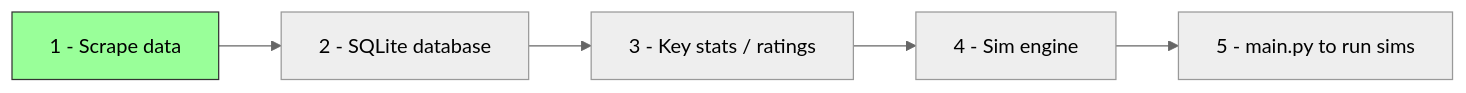
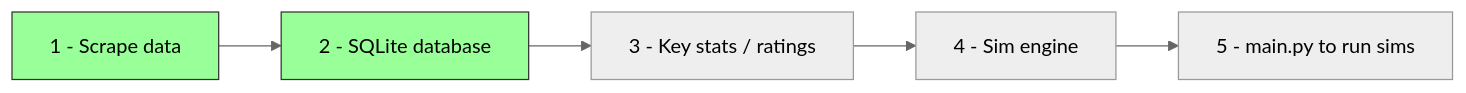
One commit to mhutch14/sports-sim changed the diagram in docs/ROADMAP.md. Above: the diagram before and after it, drawn with Mermaid (neutral theme). The commit also changed other lines of this file and 7 other files, not shown here.

````diff
--- a/docs/ROADMAP.md
+++ b/docs/ROADMAP.md
@@ -3,5 +3,6 @@
 ```mermaid
 flowchart LR
     P1[1 - Scrape data] --> P2[2 - SQLite database] --> P3[3 - Key stats / ratings] --> P4[4 - Sim engine] --> P5["5 - main.py to run sims"]
     style P1 fill:#9f9,stroke:#333
+    style P2 fill:#9f9,stroke:#333
 ```
````
